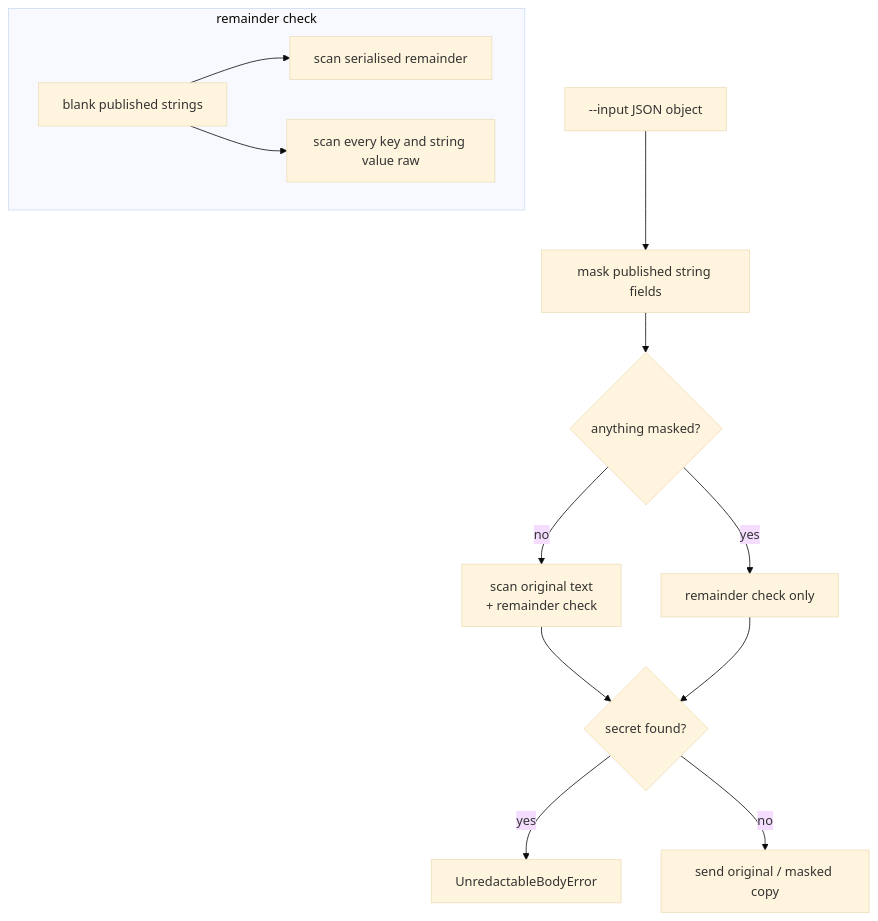
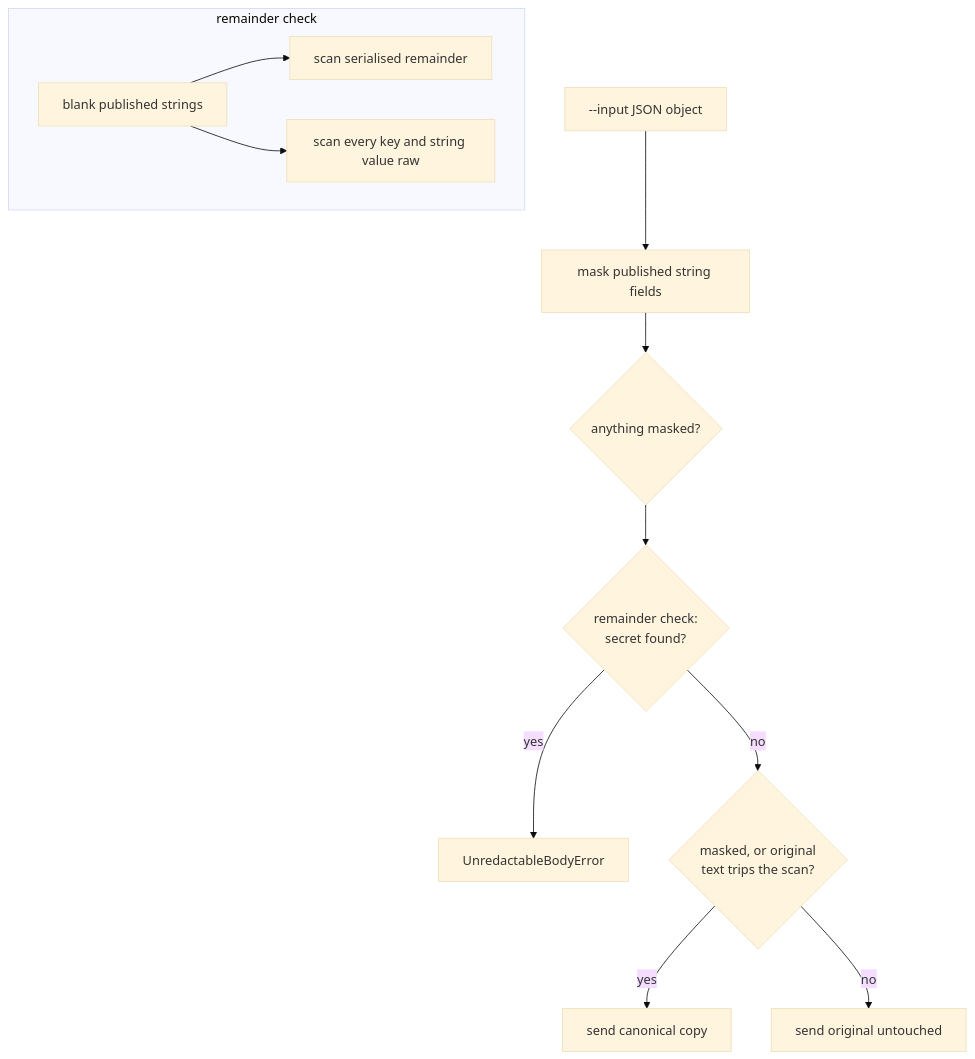
The diagram in docs/archive/pr-summaries/pr-summary-5416.md (stSoftwareAU/VibeCoder), drawn with Mermaid (base theme) before and after one commit. The commit also changed other lines of this file and 2 other files, not shown here.

First line of the commit message:
Send the canonical copy, not a refusal, for an unchanged --input body (Issue #5416)

````diff
--- a/docs/archive/pr-summaries/pr-summary-5416.md
+++ b/docs/archive/pr-summaries/pr-summary-5416.md
@@ -66,15 +72,14 @@
 ```mermaid
 flowchart TD
     A[--input JSON object] --> B[mask published string fields]
     B --> C{anything masked?}
-    C -- no --> D[scan original text<br/>+ remainder check]
-    C -- yes --> E[remainder check only]
-    D --> F{secret found?}
-    E --> F
+    C --> F{remainder check:<br/>secret found?}
     F -- yes --> G[UnredactableBodyError]
-    F -- no --> H[send original / masked copy]
+    F -- no --> I{masked, or original<br/>text trips the scan?}
+    I -- yes --> H[send canonical copy]
+    I -- no --> J[send original untouched]
     subgraph R[remainder check]
       R1[blank published strings] --> R2[scan serialised remainder]
       R1 --> R3[scan every key and string value raw]
     end
 ```
````
